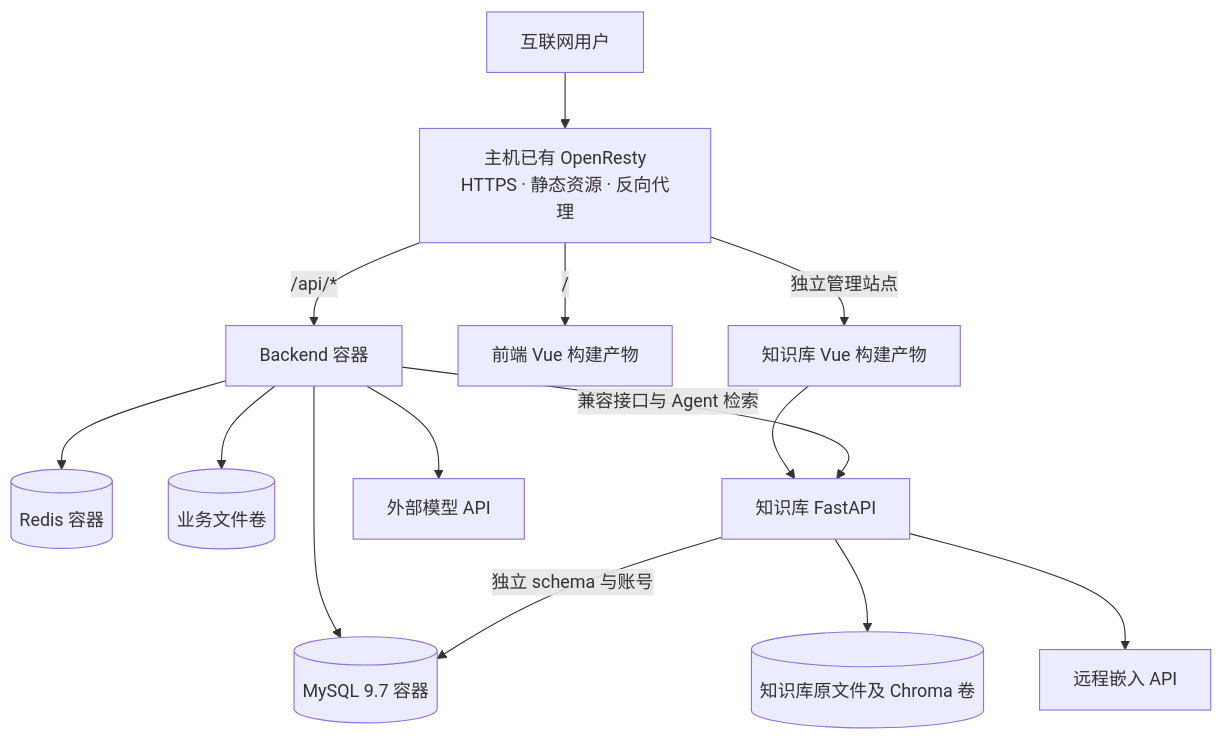
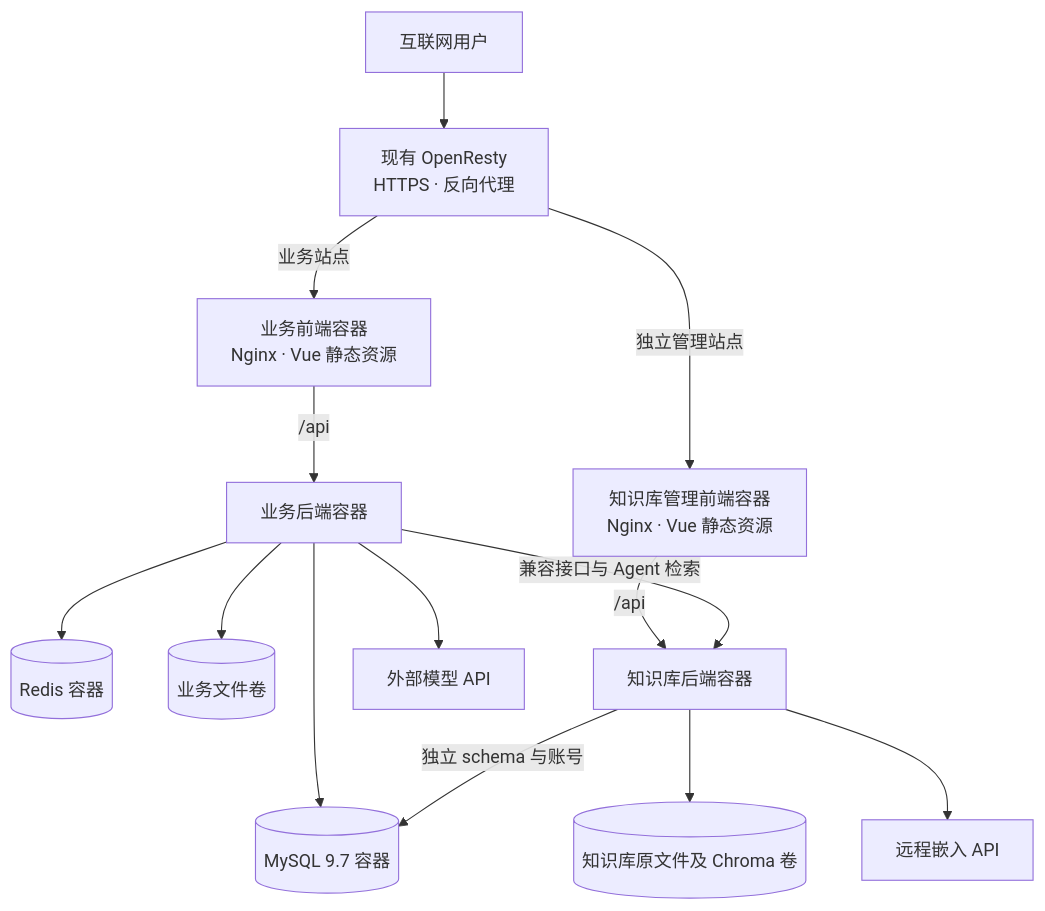
The fourth of 4 diagrams in docs/03-概要设计.md (licat2023/law-wiz), drawn with Mermaid before and after one commit. The commit also changed other lines of this file and 23 other files, not shown here.

````diff
--- a/docs/03-概要设计.md
+++ b/docs/03-概要设计.md
@@ -394,16 +394,16 @@
 ```mermaid
 graph TB
-    INTERNET["互联网用户"] --> ENTRY["主机已有 OpenResty<br/>HTTPS · 静态资源 · 反向代理"]
-    ENTRY -->|"/api/*"| BACKEND["Backend 容器"]
-    ENTRY -->|"/"| STATIC["前端 Vue 构建产物"]
+    INTERNET["互联网用户"] --> ENTRY["现有 OpenResty<br/>HTTPS · 反向代理"]
+    ENTRY -->|"业务站点"| WEB["业务前端容器<br/>Nginx · Vue 静态资源"]
+    WEB -->|"/api"| BACKEND["业务后端容器"]
     BACKEND --> MYSQL[("MySQL 9.7 容器")]
     BACKEND --> REDIS[("Redis 容器")]
     BACKEND --> DATA[("业务文件卷")]
-    ENTRY -->|"独立管理站点"| KBUI["知识库 Vue 构建产物"]
-    KBUI --> KB["知识库 FastAPI"]
+    ENTRY -->|"独立管理站点"| KBUI["知识库管理前端容器<br/>Nginx · Vue 静态资源"]
+    KBUI -->|"/api"| KB["知识库后端容器"]
     BACKEND -->|"兼容接口与 Agent 检索"| KB
     KB -->|"独立 schema 与账号"| MYSQL
     KB --> KBDATA[("知识库原文件及 Chroma 卷")]
     KB --> EMBED["远程嵌入 API"]
     BACKEND --> MODEL["外部模型 API"]
 ```
````
